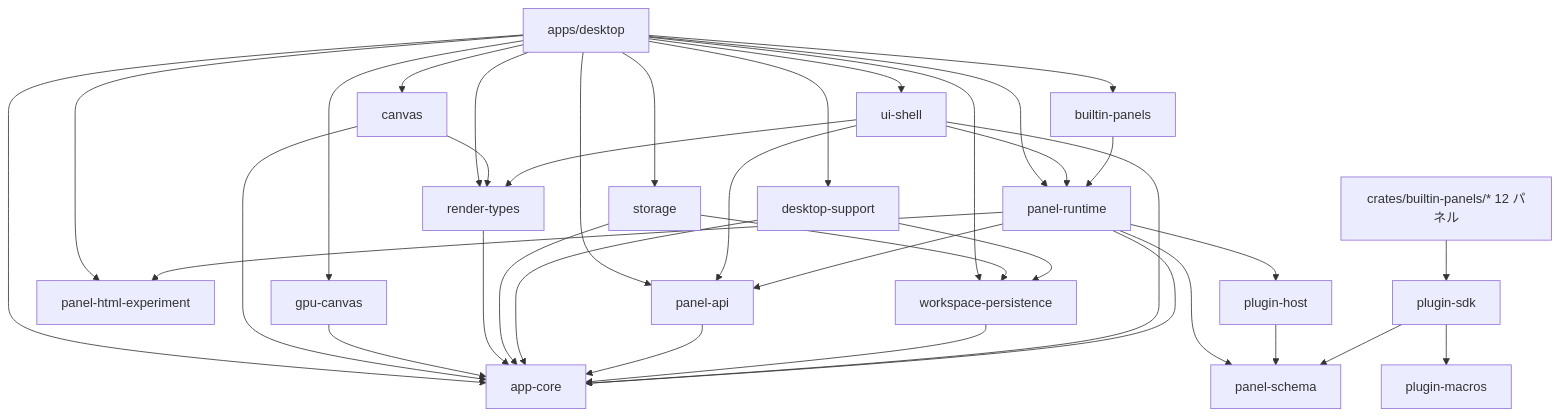
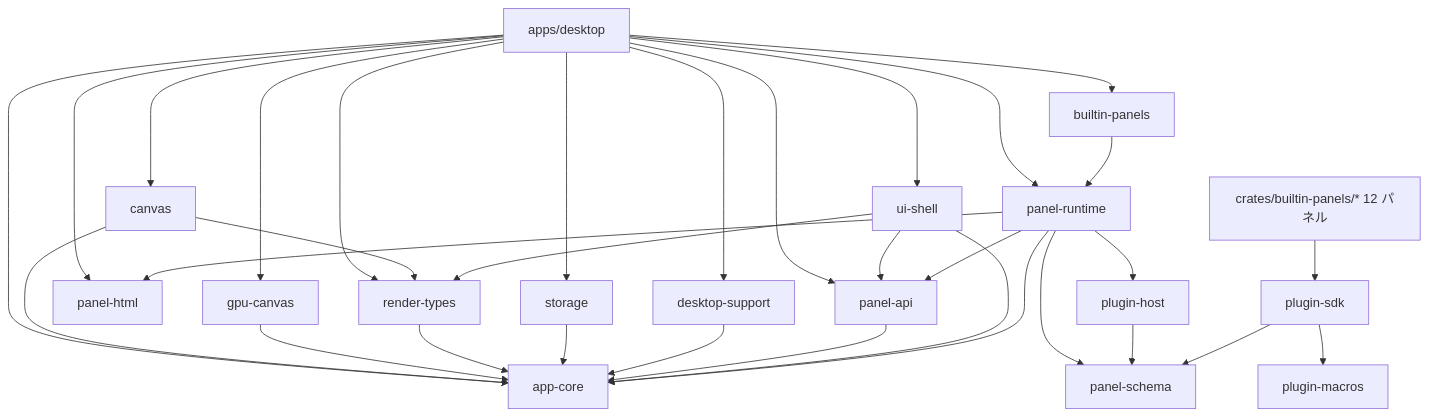
Before and after one commit to gitdmnt/altpaint: the first of 2 diagrams in docs/MODULE_DEPENDENCIES.md, drawn with Mermaid. The commit also changed other lines of this file and 72 other files, not shown here.

````diff
--- a/docs/MODULE_DEPENDENCIES.md
+++ b/docs/MODULE_DEPENDENCIES.md
@@ -77,45 +78,40 @@
 ```mermaid
 graph TD
     desktop[apps/desktop] --> appcore[app-core]
     desktop --> canvas[canvas]
     desktop --> gpucanvas[gpu-canvas]
     desktop --> rendertypes[render-types]
     desktop --> panelruntime[panel-runtime]
-    desktop --> phtml[panel-html-experiment]
+    desktop --> phtml[panel-html]
     desktop --> uishell[ui-shell]
     desktop --> panelapi[panel-api]
     desktop --> builtinpanels[builtin-panels]
     desktop --> storage[storage]
     desktop --> dsupport[desktop-support]
-    desktop --> wpersist[workspace-persistence]
 
     canvas --> appcore
     canvas --> rendertypes
     gpucanvas --> appcore
     rendertypes --> appcore
     storage --> appcore
-    storage --> wpersist
     dsupport --> appcore
-    dsupport --> wpersist
     panelapi --> appcore
-    wpersist --> appcore
 
     uishell --> appcore
     uishell --> panelapi
-    uishell --> panelruntime
     uishell --> rendertypes
 
     panelruntime --> appcore
     panelruntime --> panelapi
     panelruntime --> pschema[panel-schema]
     panelruntime --> phost[plugin-host]
     panelruntime --> phtml
 
     builtinpanels --> panelruntime
 
     phost --> pschema
     pluginsdk[plugin-sdk] --> pmacros[plugin-macros]
     pluginsdk --> pschema
 
     panels[crates/builtin-panels/* 12 パネル] --> pluginsdk
 ```
````
